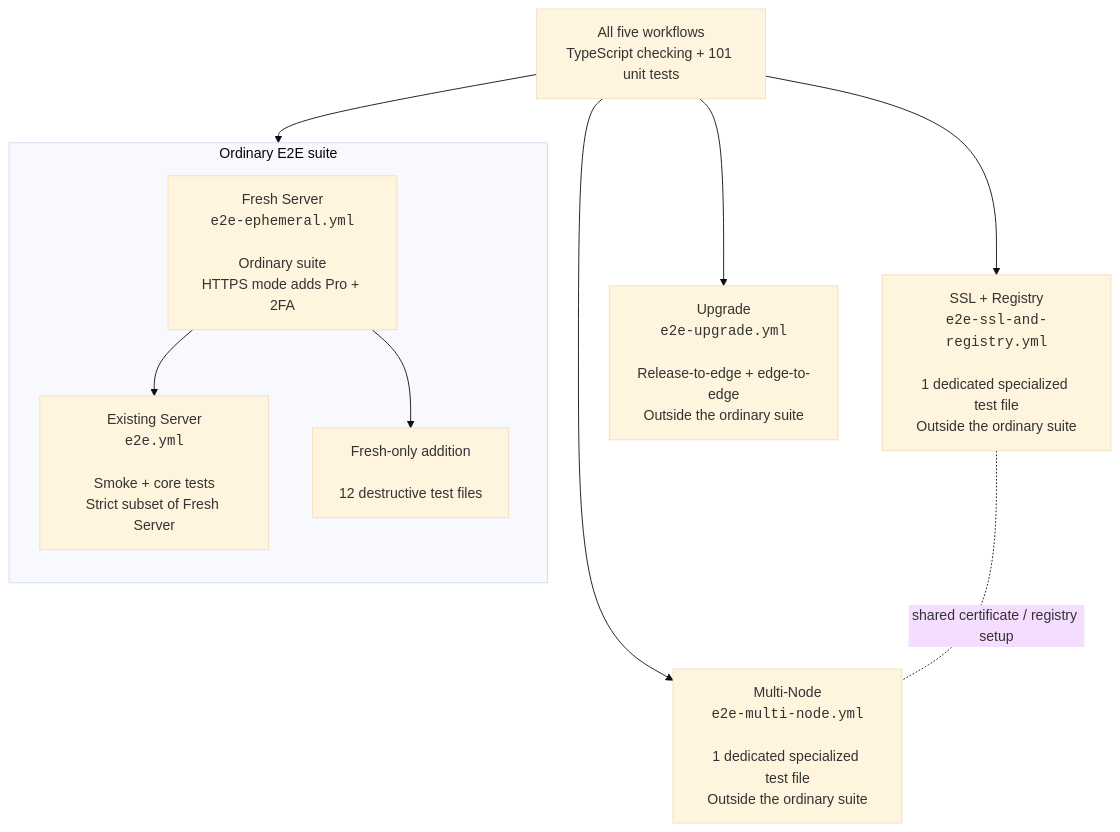
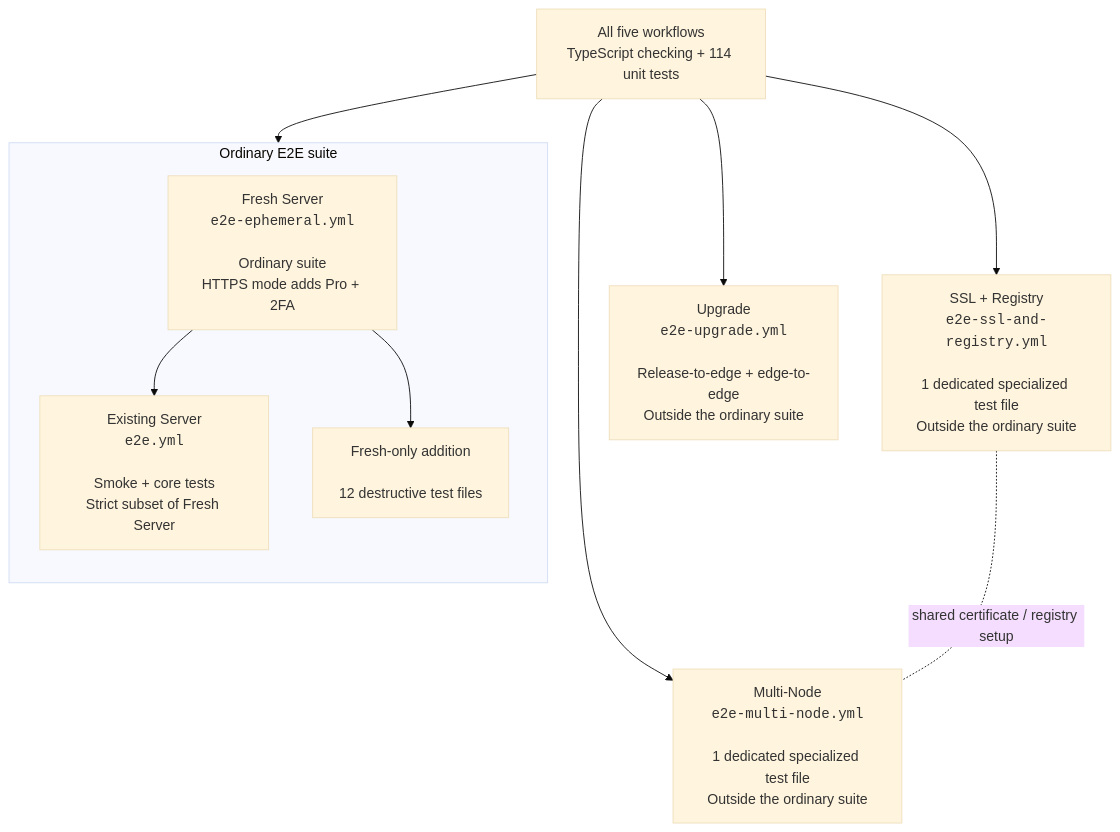
One commit to caprover/caprover-e2e changed the diagram in README.md. Above: the diagram before and after it, drawn with Mermaid (base theme). The commit also changed other lines of this file and 8 other files, not shown here.

````diff
--- a/README.md
+++ b/README.md
@@ -132,30 +134,30 @@
 ```mermaid
 flowchart TB
-    ALL["All five workflows<br/>TypeScript checking + 101 unit tests"]
+    ALL["All five workflows<br/>TypeScript checking + 114 unit tests"]
 
     subgraph ORDINARY["Ordinary E2E suite"]
         direction TB
 
         FRESH["Fresh Server<br/><code>e2e-ephemeral.yml</code><br/><br/>Ordinary suite<br/>HTTPS mode adds Pro + 2FA"]
 
         EXISTING["Existing Server<br/><code>e2e.yml</code><br/><br/>Smoke + core tests<br/>Strict subset of Fresh Server"]
 
         EXTRA["Fresh-only addition<br/><br/>12 destructive test files"]
 
         FRESH --> EXISTING
         FRESH --> EXTRA
     end
 
     SSL["SSL + Registry<br/><code>e2e-ssl-and-registry.yml</code><br/><br/>1 dedicated specialized test file<br/>Outside the ordinary suite"]
 
     MULTI["Multi-Node<br/><code>e2e-multi-node.yml</code><br/><br/>1 dedicated specialized test file<br/>Outside the ordinary suite"]
 
     UPGRADE["Upgrade<br/><code>e2e-upgrade.yml</code><br/><br/>Release-to-edge + edge-to-edge<br/>Outside the ordinary suite"]
 
     ALL --> FRESH
     ALL --> SSL
     ALL --> MULTI
     ALL --> UPGRADE
 
     SSL -. shared certificate / registry setup .- MULTI
 ```
````
